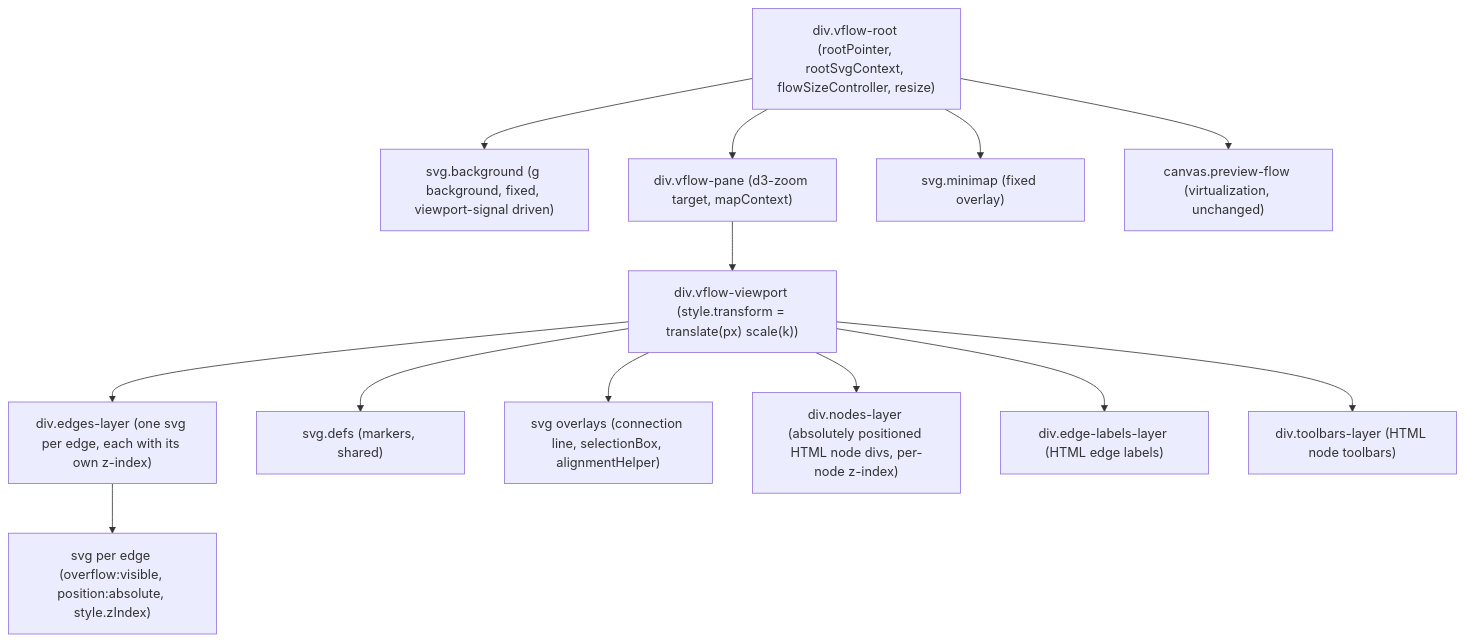
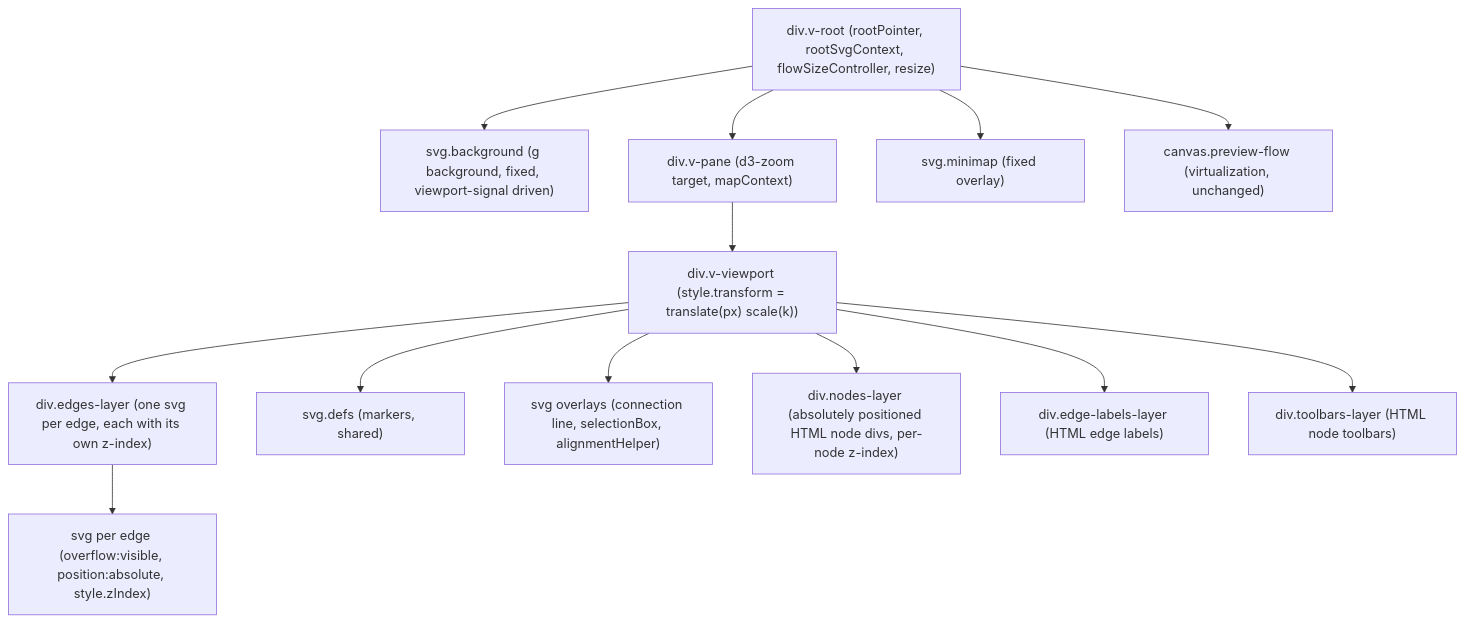
Before and after one commit to artem-mangilev/ngx-vflow: the diagram in docs/native-html-rendering-plan.md, drawn with Mermaid. The commit also changed other lines of this file and 238 other files, not shown here.

````diff
--- a/docs/native-html-rendering-plan.md
+++ b/docs/native-html-rendering-plan.md
@@ -14,28 +14,28 @@
 ```mermaid
 flowchart TD
-  root["div.vflow-root (rootPointer, rootSvgContext, flowSizeController, resize)"]
+  root["div.v-root (rootPointer, rootSvgContext, flowSizeController, resize)"]
   bg["svg.background (g background, fixed, viewport-signal driven)"]
-  pane["div.vflow-pane (d3-zoom target, mapContext)"]
-  vp["div.vflow-viewport (style.transform = translate(px) scale(k))"]
+  pane["div.v-pane (d3-zoom target, mapContext)"]
+  vp["div.v-viewport (style.transform = translate(px) scale(k))"]
   edges["div.edges-layer (one svg per edge, each with its own z-index)"]
   edgesvg["svg per edge (overflow:visible, position:absolute, style.zIndex)"]
   defs["svg.defs (markers, shared)"]
   overlay["svg overlays (connection line, selectionBox, alignmentHelper)"]
   nodes["div.nodes-layer (absolutely positioned HTML node divs, per-node z-index)"]
   labels["div.edge-labels-layer (HTML edge labels)"]
   tb["div.toolbars-layer (HTML node toolbars)"]
   mm["svg.minimap (fixed overlay)"]
   canvas["canvas.preview-flow (virtualization, unchanged)"]
   root --> bg
   root --> pane
   pane --> vp
   vp --> defs
   vp --> edges
   edges --> edgesvg
   vp --> overlay
   vp --> nodes
   vp --> labels
   vp --> tb
   root --> mm
   root --> canvas
 ```
````
